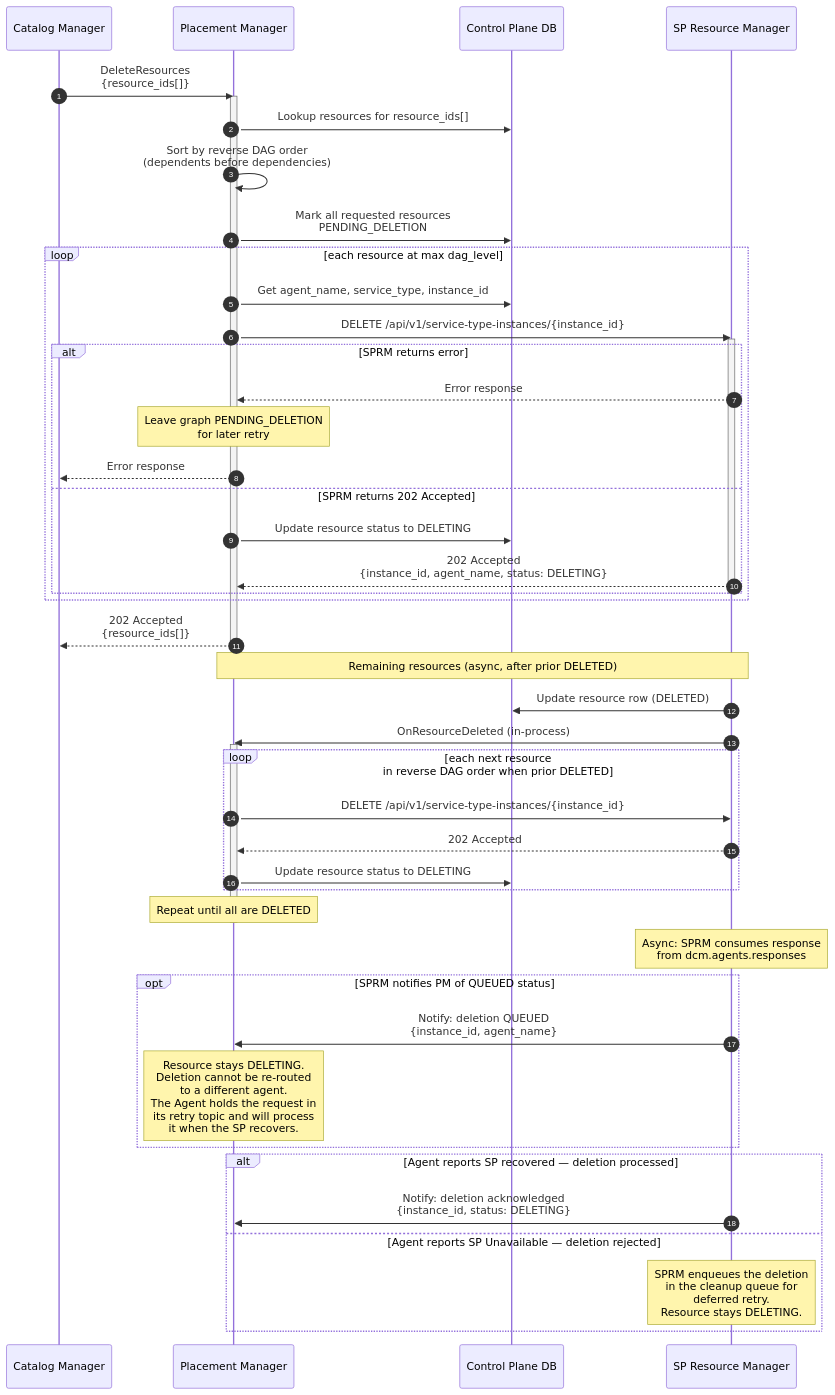
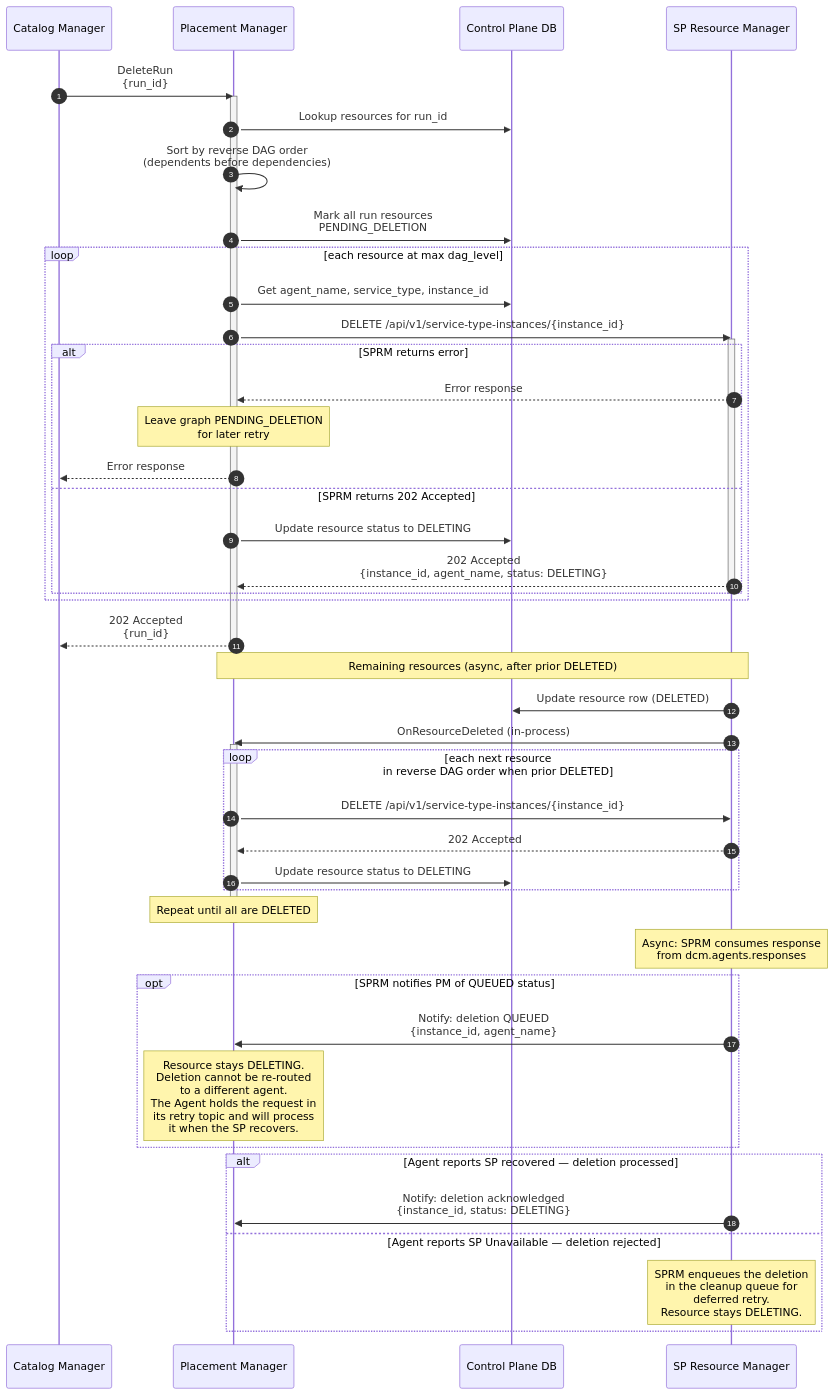
One commit to dcm-project/enhancements changed the third of 3 diagrams in enhancements/placement-manager/placement-manager.md. Above: the diagram before and after it, drawn with Mermaid. The commit also changed other lines of this file and 1 other file, not shown here.

First line of the commit message:
Update placement operations to use Run (#97)

````diff
--- a/enhancements/placement-manager/placement-manager.md
+++ b/enhancements/placement-manager/placement-manager.md
@@ -673,63 +661,63 @@
 ```mermaid
 sequenceDiagram
     autonumber
     participant CM as Catalog Manager
     participant PM as Placement Manager
     participant DB as Control Plane DB
     participant SPRM as SP Resource Manager
 
-    CM->>PM: DeleteResources<br/>{resource_ids[]}
+    CM->>PM: DeleteRun<br/>{run_id}
     activate PM
 
-    PM->>DB: Lookup resources for resource_ids[]
+    PM->>DB: Lookup resources for run_id
     PM->>PM: Sort by reverse DAG order<br/>(dependents before dependencies)
 
-    PM->>DB: Mark all requested resources<br/>PENDING_DELETION
+    PM->>DB: Mark all run resources<br/>PENDING_DELETION
 
     loop each resource at max dag_level
         PM->>DB: Get agent_name, service_type, instance_id
         PM->>SPRM: DELETE /api/v1/service-type-instances/{instance_id}
         activate SPRM
 
         alt SPRM returns error
             SPRM-->>PM: Error response
             Note over PM: Leave graph PENDING_DELETION<br/>for later retry
             PM-->>CM: Error response
         else SPRM returns 202 Accepted
             PM->>DB: Update resource status to DELETING
             SPRM-->>PM: 202 Accepted<br/>{instance_id, agent_name, status: DELETING}
         end
         deactivate SPRM
     end
 
-    PM-->>CM: 202 Accepted<br/>{resource_ids[]}
+    PM-->>CM: 202 Accepted<br/>{run_id}
     deactivate PM
 
     Note over SPRM,PM: Remaining resources (async, after prior DELETED)
 
     SPRM->>DB: Update resource row (DELETED)
     SPRM->>PM: OnResourceDeleted (in-process)
     activate PM
 
     loop each next resource<br/>in reverse DAG order when prior DELETED
         PM->>SPRM: DELETE /api/v1/service-type-instances/{instance_id}
         SPRM-->>PM: 202 Accepted
         PM->>DB: Update resource status to DELETING
     end
 
     Note over PM: Repeat until all are DELETED
     deactivate PM
 
     Note over SPRM: Async: SPRM consumes response<br/>from dcm.agents.responses
 
     opt SPRM notifies PM of QUEUED status
         SPRM->>PM: Notify: deletion QUEUED<br/>{instance_id, agent_name}
         Note over PM: Resource stays DELETING.<br/>Deletion cannot be re-routed<br/>to a different agent.<br/>The Agent holds the request in<br/>its retry topic and will process<br/>it when the SP recovers.
     end
 
     alt Agent reports SP recovered — deletion processed
         SPRM->>PM: Notify: deletion acknowledged<br/>{instance_id, status: DELETING}
     else Agent reports SP Unavailable — deletion rejected
         Note over SPRM: SPRM enqueues the deletion<br/>in the cleanup queue for<br/>deferred retry.<br/>Resource stays DELETING.
     end
 ```
````
